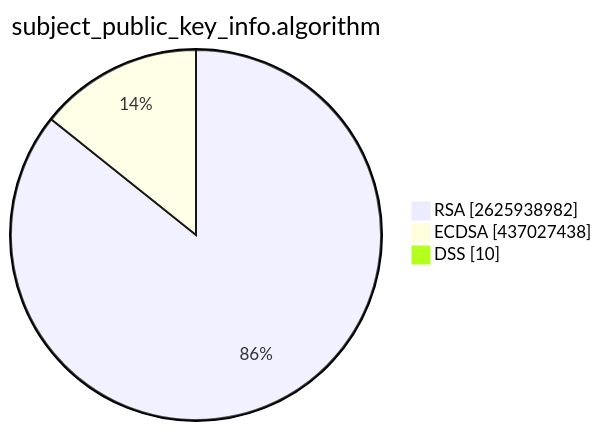
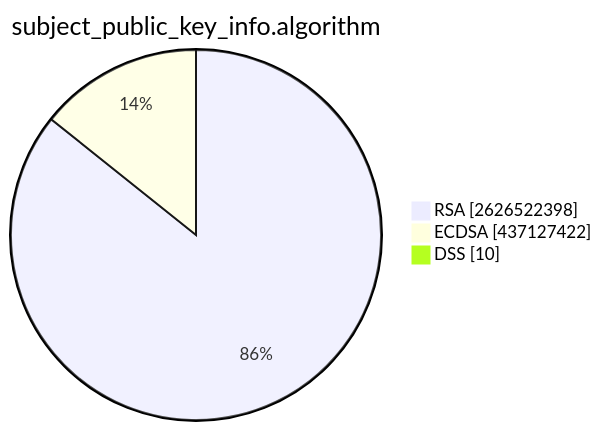
One commit to christiankrug/ctmonitor_visualization changed the second of 15 diagrams in TOTAL/README.md. Above: the diagram before and after it, drawn with Mermaid. The commit also changed other lines of this file, not shown here.

````diff
--- a/TOTAL/README.md
+++ b/TOTAL/README.md
@@ -6,7 +6,7 @@
 ```mermaid
 pie showData
 title subject_public_key_info.algorithm
-"RSA" :2625938982
-"ECDSA" :437027438
+"RSA" :2626522398
+"ECDSA" :437127422
 "DSS" :10
 ```
````
